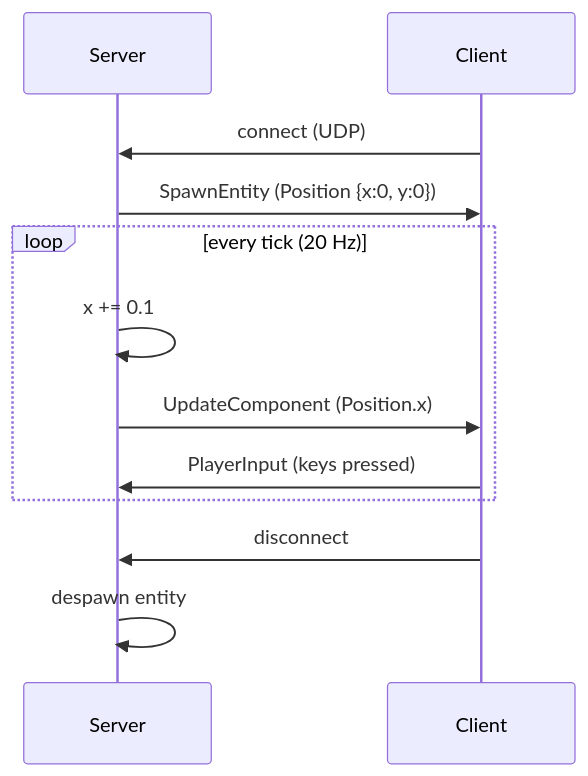
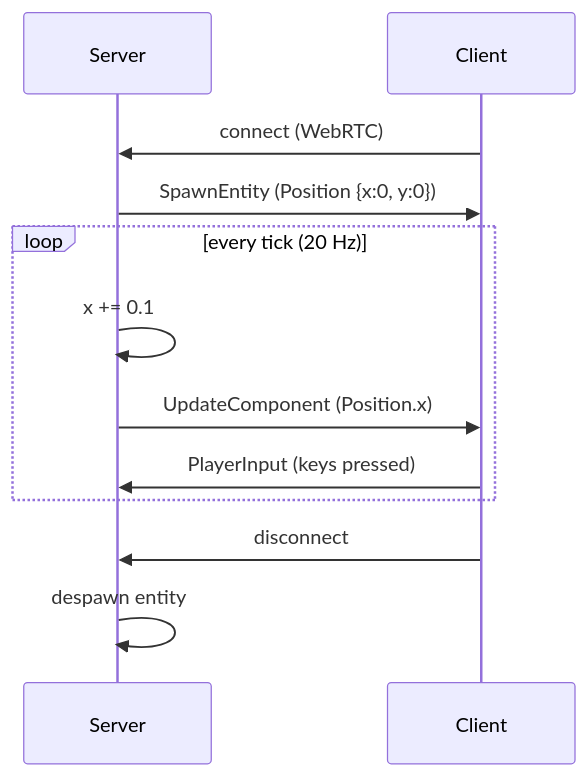
Before and after one commit to naia-lib/naia: the diagram in book/src/getting-started/bevy-quickstart.md, drawn with Mermaid. The commit also changed other lines of this file and 41 other files, not shown here.

````diff
--- a/book/src/getting-started/bevy-quickstart.md
+++ b/book/src/getting-started/bevy-quickstart.md
@@ -15,15 +15,15 @@
 ```mermaid
 sequenceDiagram
     participant Server
     participant Client
 
-    Client->>Server: connect (UDP)
+    Client->>Server: connect (WebRTC)
     Server->>Client: SpawnEntity (Position {x:0, y:0})
     loop every tick (20 Hz)
         Server->>Server: x += 0.1
         Server->>Client: UpdateComponent (Position.x)
         Client->>Server: PlayerInput (keys pressed)
     end
     Client->>Server: disconnect
     Server->>Server: despawn entity
 ```
````
